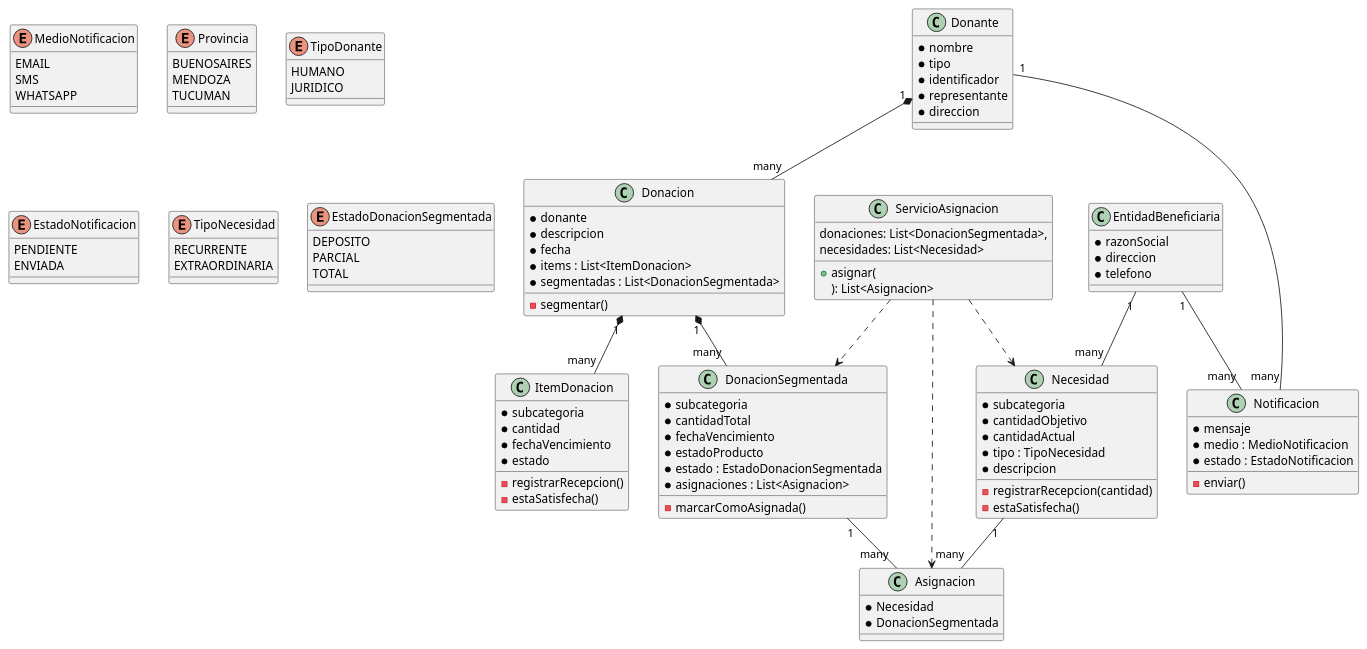
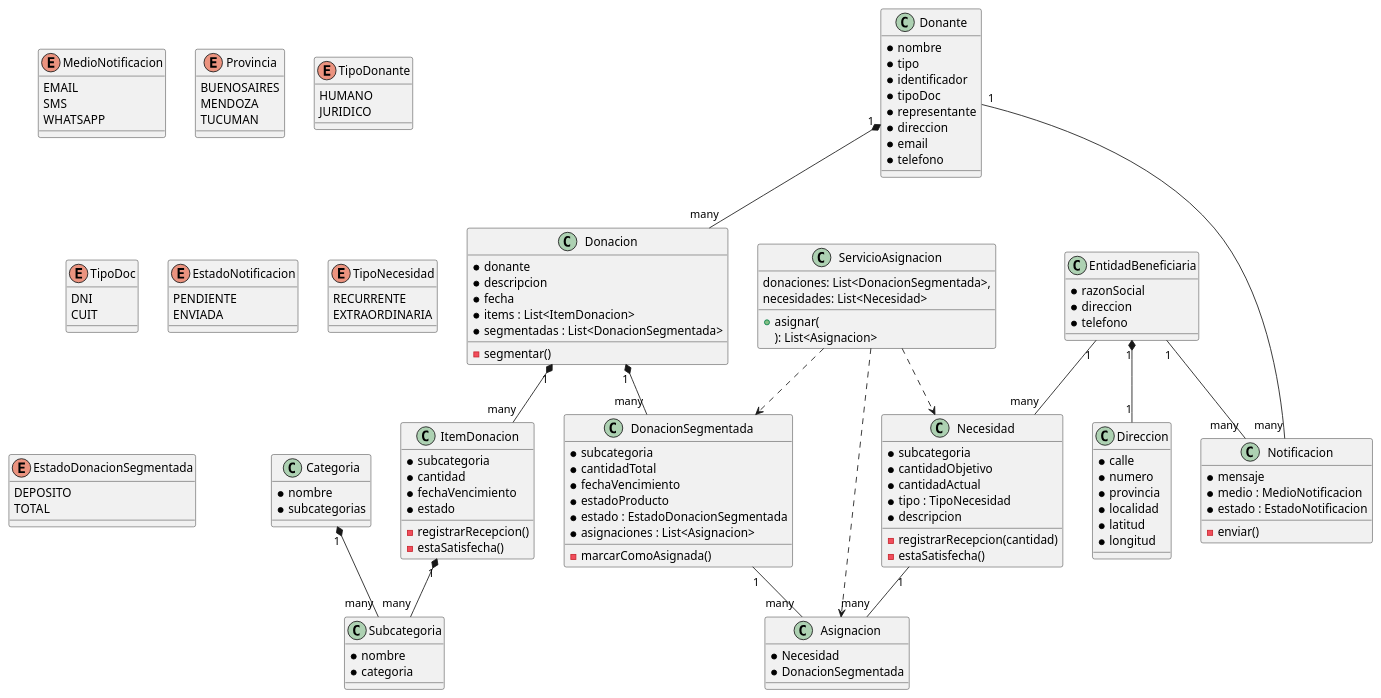
Before and after one commit to josfernandez/2026-tpa-ddsi: the diagram in Diagrama de dominio.puml, drawn with PlantUML. The commit also changed 2 other files, not shown here.

```diff
--- a/Diagrama de dominio.puml
+++ b/Diagrama de dominio.puml
@@ -1,153 +1,183 @@
 @startuml
 
 ' =========================
 ' ENUMS
 ' =========================
 enum MedioNotificacion {
 EMAIL
 SMS
 WHATSAPP
 }
 enum Provincia {
 BUENOSAIRES
 MENDOZA
 TUCUMAN
 }
 
 enum TipoDonante{
 HUMANO
 JURIDICO
 }
+enum TipoDoc{
+DNI
+CUIT
+}
 
 enum EstadoNotificacion {
 PENDIENTE
 ENVIADA
 }
 
 enum TipoNecesidad {
 RECURRENTE
 EXTRAORDINARIA
 }
 
 enum EstadoDonacionSegmentada {
 DEPOSITO
-PARCIAL
 TOTAL
 }
-
+' =========================
+' Categoria y Subcategoria
+' =========================
+class Categoria {
+ * nombre
+ * subcategorias
+}
+class Subcategoria {
+ * nombre
+ * categoria
+}
+Categoria "1" *-- "many" Subcategoria
+ItemDonacion "1" *-- "many" Subcategoria
 ' =========================
 ' DONANTE
 ' =========================
 class Donante {
 * nombre
 * tipo
 * identificador
+* tipoDoc
 * representante
 * direccion
+* email
+* telefono
 
 }
 Donante "1" *-- "many" Donacion
+' =========================
+' DIRECCION
+' =========================
+class Direccion {
+* calle
+* numero
+* provincia
+* localidad
+* latitud
+* longitud
+}
+EntidadBeneficiaria "1" *-- "1" Direccion
 ' =========================
 ' DONACION
 ' =========================
 class Donacion {
 
 * donante
 * descripcion
 * fecha
 * items : List<ItemDonacion>
 * segmentadas : List<DonacionSegmentada>
 
 - segmentar()
   }
 
 class ItemDonacion {
 
 * subcategoria
 * cantidad
 * fechaVencimiento
 * estado
 
 - registrarRecepcion()
 - estaSatisfecha()
   }
 
 class DonacionSegmentada {
 
 * subcategoria
 * cantidadTotal
 * fechaVencimiento
 * estadoProducto
 * estado : EstadoDonacionSegmentada
 * asignaciones : List<Asignacion>
 
 - marcarComoAsignada()
   }
 
 Donacion "1" *-- "many" ItemDonacion
 Donacion "1" *-- "many" DonacionSegmentada
 
 ' =========================
 ' ENTIDADES Y NECESIDADES
 ' =========================
 class EntidadBeneficiaria {
 
 * razonSocial
 * direccion
 * telefono
   }
 
 class Necesidad {
 
 * subcategoria
 * cantidadObjetivo
 * cantidadActual
 * tipo : TipoNecesidad
 * descripcion
 
 - registrarRecepcion(cantidad)
 - estaSatisfecha()
   }
 
 EntidadBeneficiaria "1" -- "many" Necesidad
 ' =========================
 ' SERVICIO
 ' =========================
 
 class ServicioAsignacion {
     + asignar(
         donaciones: List<DonacionSegmentada>,
         necesidades: List<Necesidad>
     ): List<Asignacion>
 }
 ServicioAsignacion ..> DonacionSegmentada
 ServicioAsignacion ..> Necesidad
 ServicioAsignacion ..> Asignacion
 ' =========================
 ' ASIGNACION
 ' =========================
 class Asignacion {
 
 * Necesidad
 * DonacionSegmentada
   }
 
 DonacionSegmentada "1" -- "many" Asignacion
 Necesidad "1" -- "many" Asignacion
 
 ' =========================
 ' NOTIFICACIONES
 ' =========================
 class Notificacion {
 
 * mensaje
 * medio : MedioNotificacion
 * estado : EstadoNotificacion
 
 - enviar()
   }
 
 Donante "1" -- "many" Notificacion
 EntidadBeneficiaria "1" -- "many" Notificacion
 
 @enduml
```
